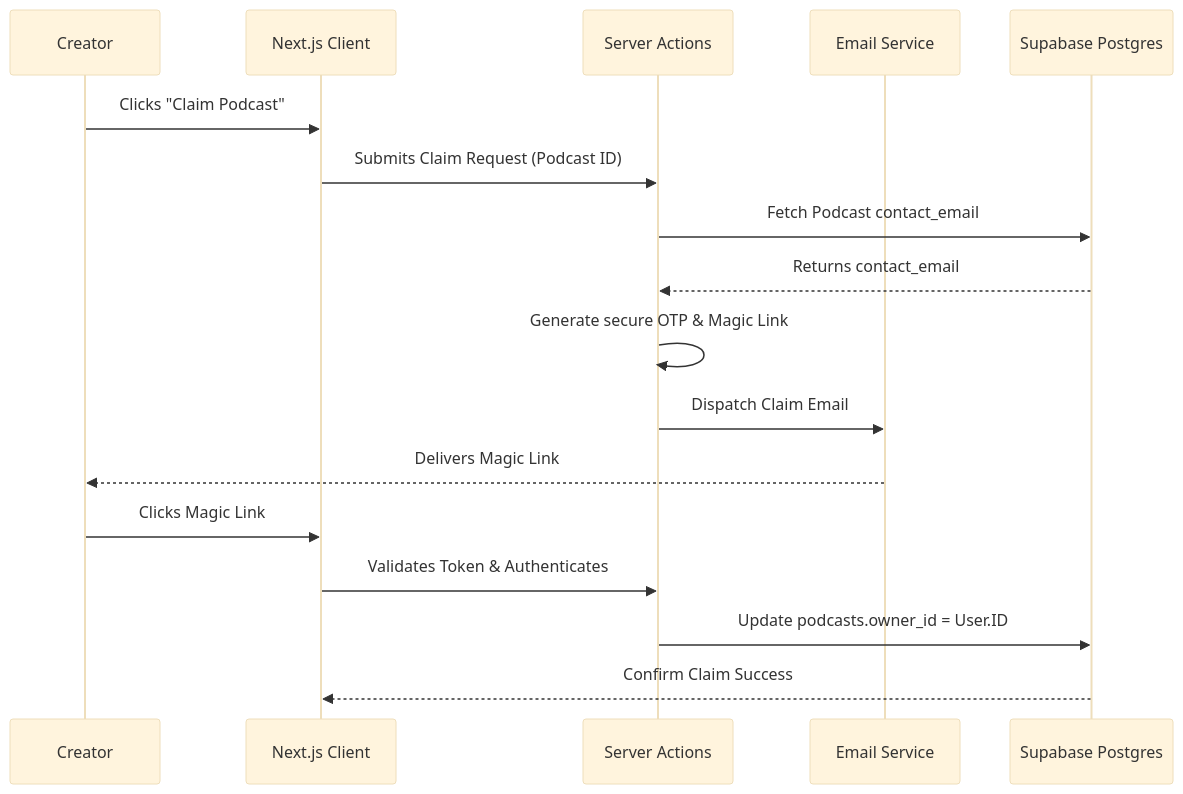
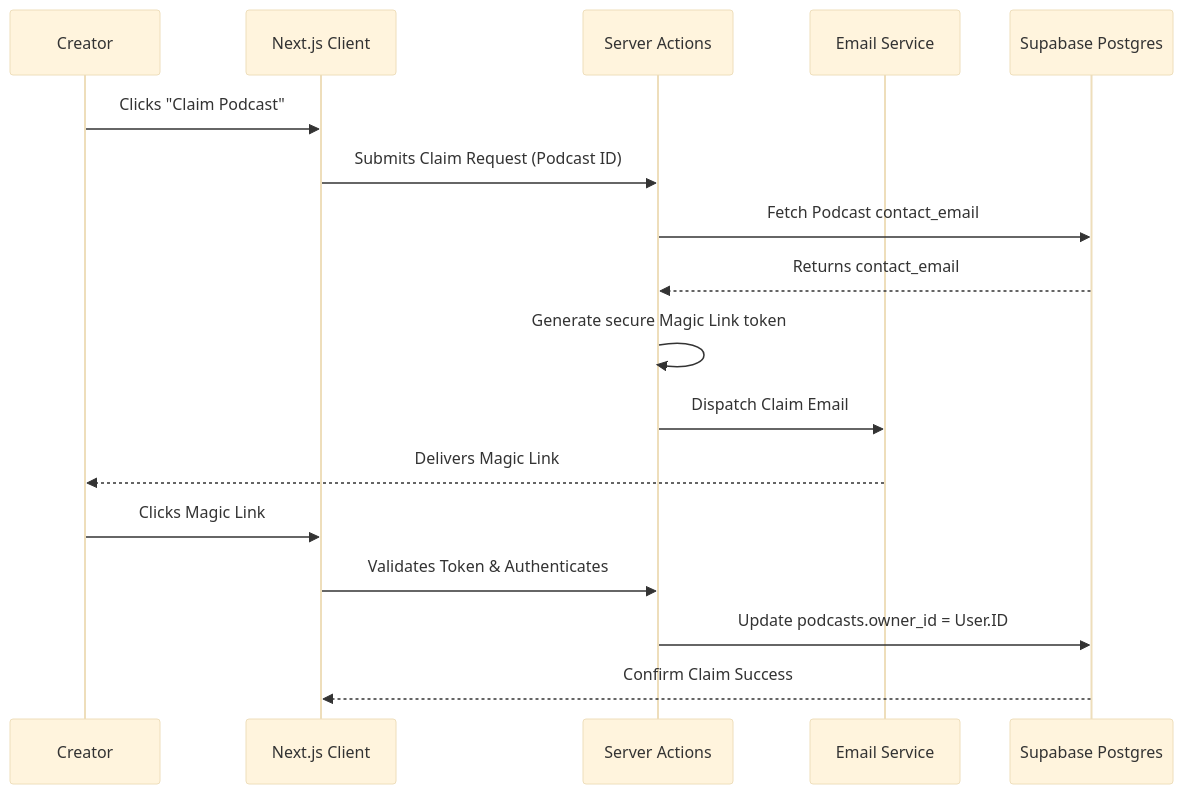
One commit to IB-DPNStudio/dpn-creator-marketplace changed the second of 3 diagrams in DPN_Technical_Reference_Manual.md. Above: the diagram before and after it, drawn with Mermaid (base theme). The commit also changed other lines of this file, not shown here.

Commit message:
Update technical manual auth terminology to Magic Link

````diff
--- a/DPN_Technical_Reference_Manual.md
+++ b/DPN_Technical_Reference_Manual.md
@@ -117,20 +117,20 @@
 ```mermaid
 sequenceDiagram
     participant User as Creator
     participant UI as Next.js Client
     participant Server as Server Actions
     participant Brevo as Email Service
     participant DB as Supabase Postgres
 
     User->>UI: Clicks "Claim Podcast"
     UI->>Server: Submits Claim Request (Podcast ID)
     Server->>DB: Fetch Podcast contact_email
     DB-->>Server: Returns contact_email
-    Server->>Server: Generate secure OTP & Magic Link
+    Server->>Server: Generate secure Magic Link token
     Server->>Brevo: Dispatch Claim Email
     Brevo-->>User: Delivers Magic Link
     User->>UI: Clicks Magic Link
     UI->>Server: Validates Token & Authenticates
     Server->>DB: Update podcasts.owner_id = User.ID
     DB-->>UI: Confirm Claim Success
 ```
````
